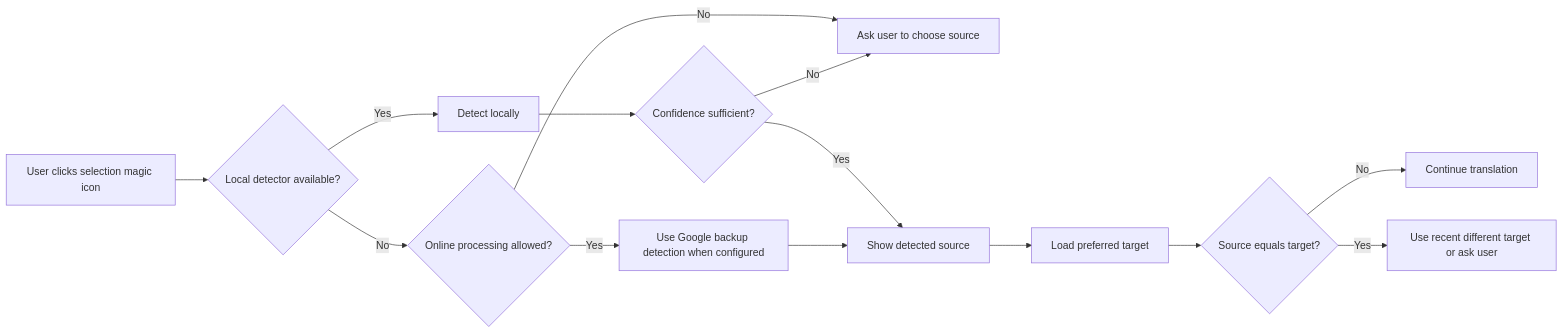
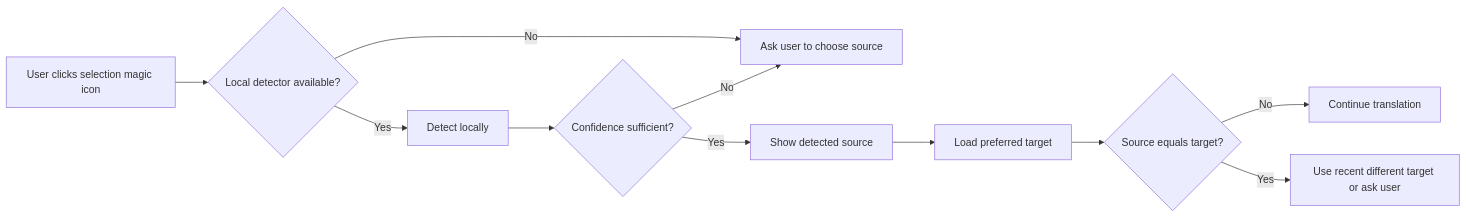
Before and after one commit to budhathoki10/LingoBridge: the fourth of 10 diagrams in docs/12-user-and-system-flows.md, drawn with Mermaid. The commit also changed other lines of this file and 61 other files, not shown here.

Commit message:
feat: add MyMemory translation fallback flow

````diff
--- a/docs/12-user-and-system-flows.md
+++ b/docs/12-user-and-system-flows.md
@@ -104,16 +102,13 @@
 ```mermaid
 flowchart LR
     A[User clicks selection magic icon] --> B{Local detector available?}
     B -- Yes --> C[Detect locally]
-    B -- No --> D{Online processing allowed?}
-    D -- Yes --> E[Use Google backup detection when configured]
-    D -- No --> F[Ask user to choose source]
+    B -- No --> F[Ask user to choose source]
     C --> G{Confidence sufficient?}
     G -- No --> F
     G -- Yes --> H[Show detected source]
-    E --> H
     H --> I[Load preferred target]
     I --> J{Source equals target?}
     J -- No --> K[Continue translation]
     J -- Yes --> L[Use recent different target or ask user]
 ```
````
